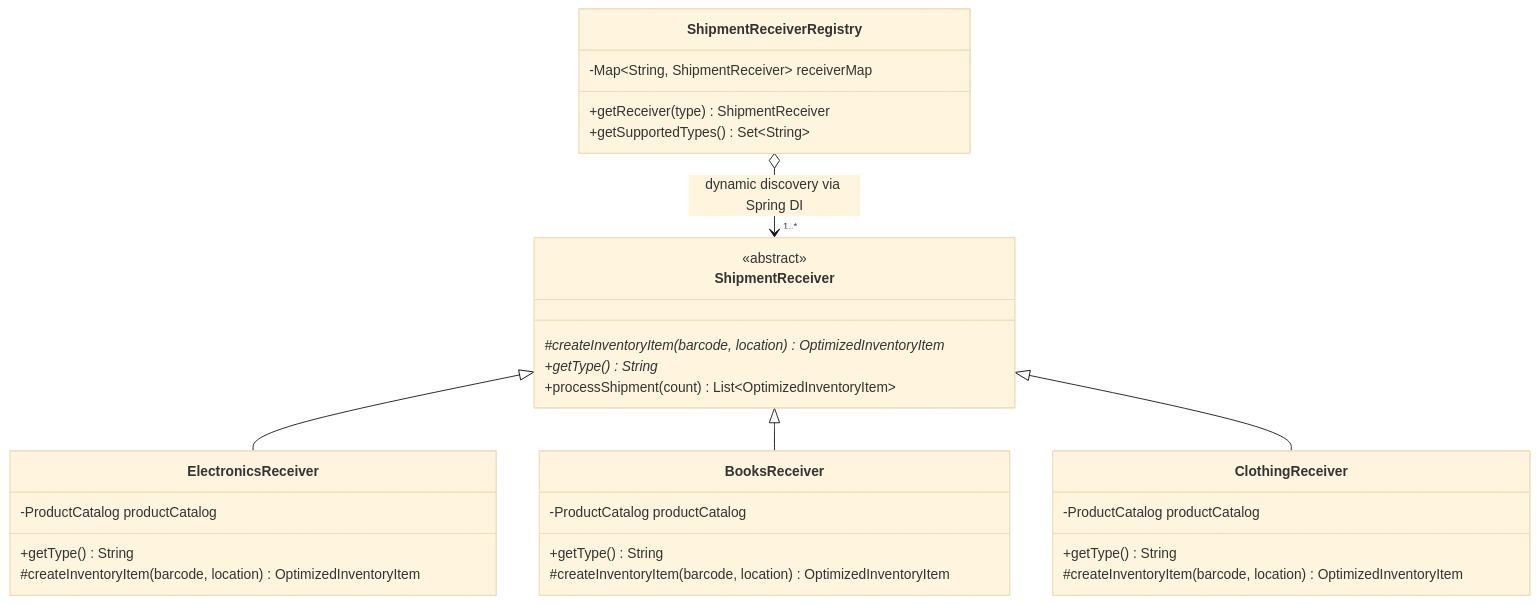
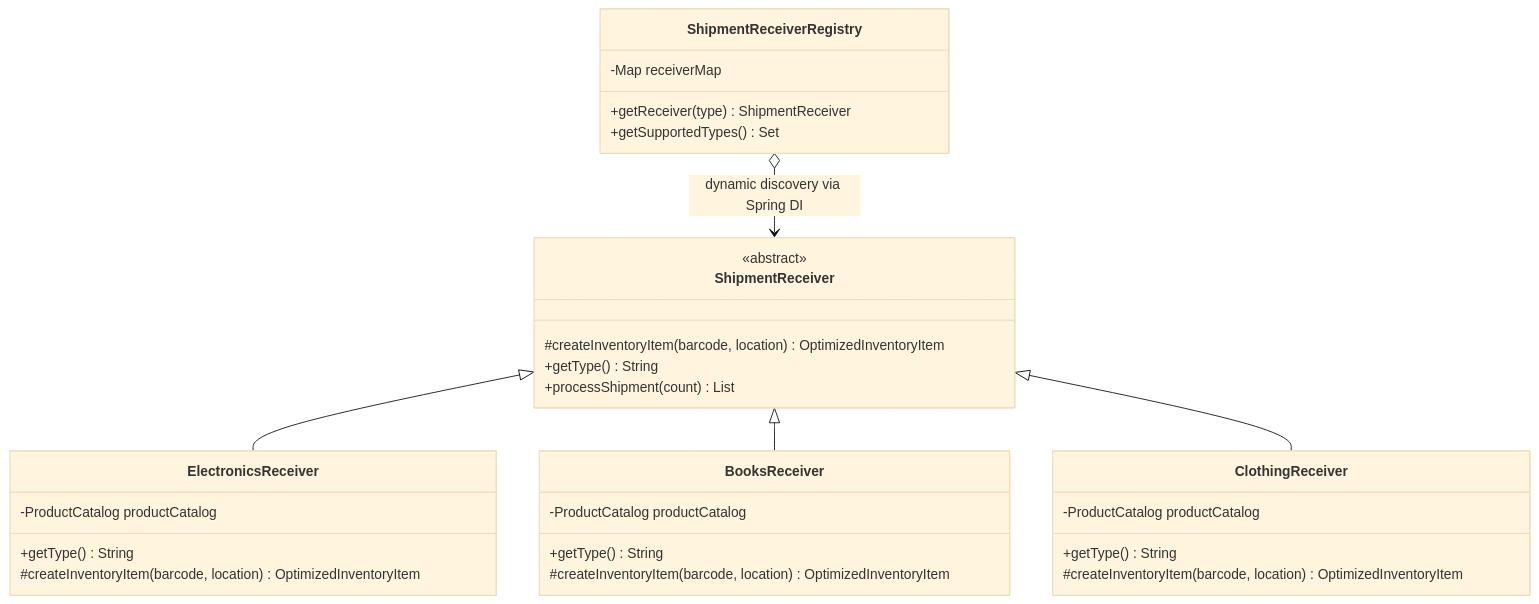
One commit to NamanJaiswal7/inventory changed the third of 3 diagrams in README.md. Above: the diagram before and after it, drawn with Mermaid (base theme). The commit also changed other lines of this file and 2 other files, not shown here.

````diff
--- a/README.md
+++ b/README.md
@@ -368,38 +355,38 @@
 ```mermaid
 classDiagram
     class ShipmentReceiver {
         <<abstract>>
-        #createInventoryItem(barcode, location)* OptimizedInventoryItem
-        +getType()* String
-        +processShipment(count) List~OptimizedInventoryItem~
+        #createInventoryItem(barcode, location) OptimizedInventoryItem
+        +getType() String
+        +processShipment(count) List
     }
 
     class ElectronicsReceiver {
         -ProductCatalog productCatalog
         +getType() String
         #createInventoryItem(barcode, location) OptimizedInventoryItem
     }
 
     class BooksReceiver {
         -ProductCatalog productCatalog
         +getType() String
         #createInventoryItem(barcode, location) OptimizedInventoryItem
     }
 
     class ClothingReceiver {
         -ProductCatalog productCatalog
         +getType() String
         #createInventoryItem(barcode, location) OptimizedInventoryItem
     }
 
     class ShipmentReceiverRegistry {
-        -Map~String, ShipmentReceiver~ receiverMap
+        -Map receiverMap
         +getReceiver(type) ShipmentReceiver
-        +getSupportedTypes() Set~String~
+        +getSupportedTypes() Set
     }
 
     ShipmentReceiver <|-- ElectronicsReceiver
     ShipmentReceiver <|-- BooksReceiver
     ShipmentReceiver <|-- ClothingReceiver
-    ShipmentReceiverRegistry o--> "1..*" ShipmentReceiver : dynamic discovery via Spring DI
+    ShipmentReceiverRegistry o--> ShipmentReceiver : dynamic discovery via Spring DI
 ```
````
